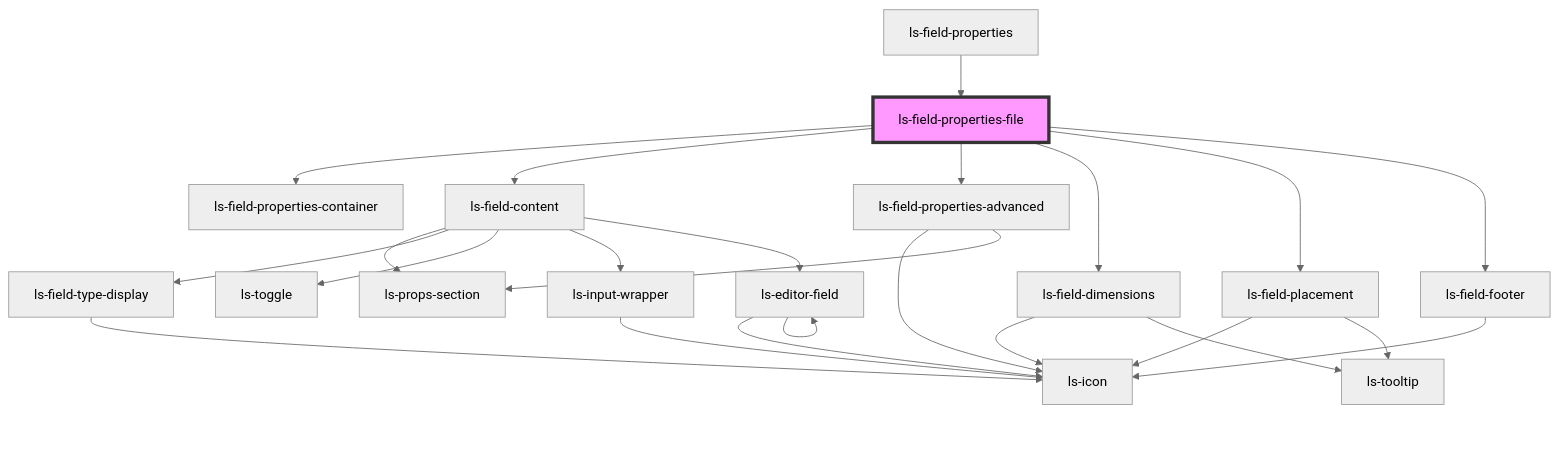
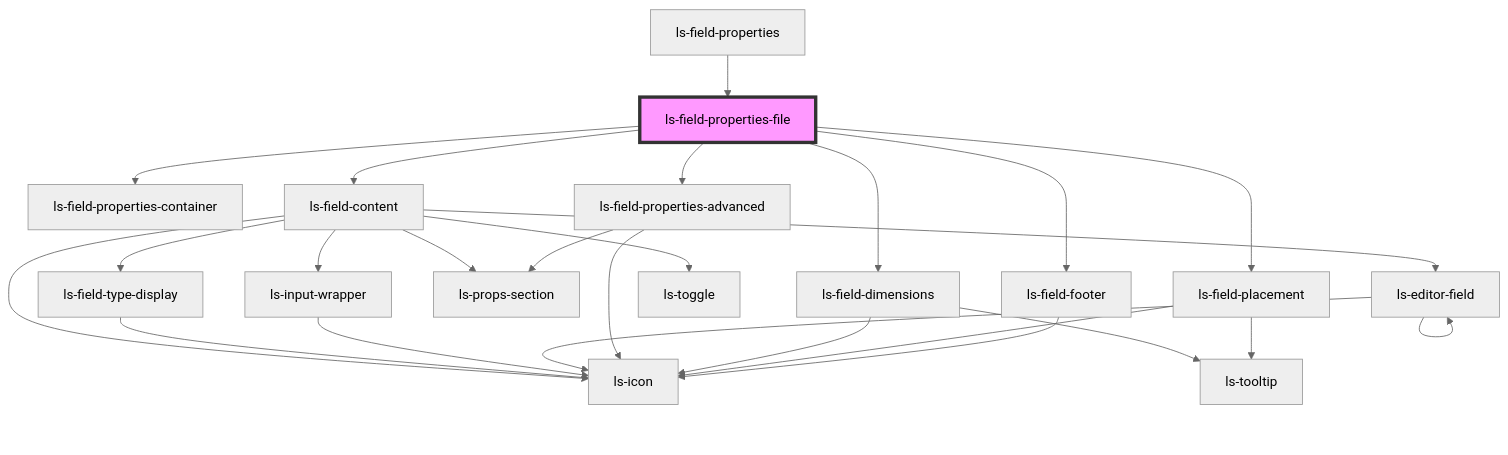
The diagram in src/components/ls-field-properties-file/readme.md (legalesign/ls-document-viewer), drawn with Mermaid (neutral theme) before and after one commit. The commit also changed 25 other files, not shown here.

````diff
--- a/src/components/ls-field-properties-file/readme.md
+++ b/src/components/ls-field-properties-file/readme.md
@@ -31,27 +31,28 @@
 ```mermaid
 graph TD;
   ls-field-properties-file --> ls-field-properties-container
   ls-field-properties-file --> ls-field-content
   ls-field-properties-file --> ls-field-properties-advanced
   ls-field-properties-file --> ls-field-dimensions
   ls-field-properties-file --> ls-field-placement
   ls-field-properties-file --> ls-field-footer
   ls-field-content --> ls-props-section
   ls-field-content --> ls-field-type-display
   ls-field-content --> ls-toggle
+  ls-field-content --> ls-icon
   ls-field-content --> ls-input-wrapper
   ls-field-content --> ls-editor-field
   ls-field-type-display --> ls-icon
   ls-input-wrapper --> ls-icon
   ls-editor-field --> ls-icon
   ls-editor-field --> ls-editor-field
   ls-field-properties-advanced --> ls-icon
   ls-field-properties-advanced --> ls-props-section
   ls-field-dimensions --> ls-icon
   ls-field-dimensions --> ls-tooltip
   ls-field-placement --> ls-icon
   ls-field-placement --> ls-tooltip
   ls-field-footer --> ls-icon
   ls-field-properties --> ls-field-properties-file
   style ls-field-properties-file fill:#f9f,stroke:#333,stroke-width:4px
 ```
````
